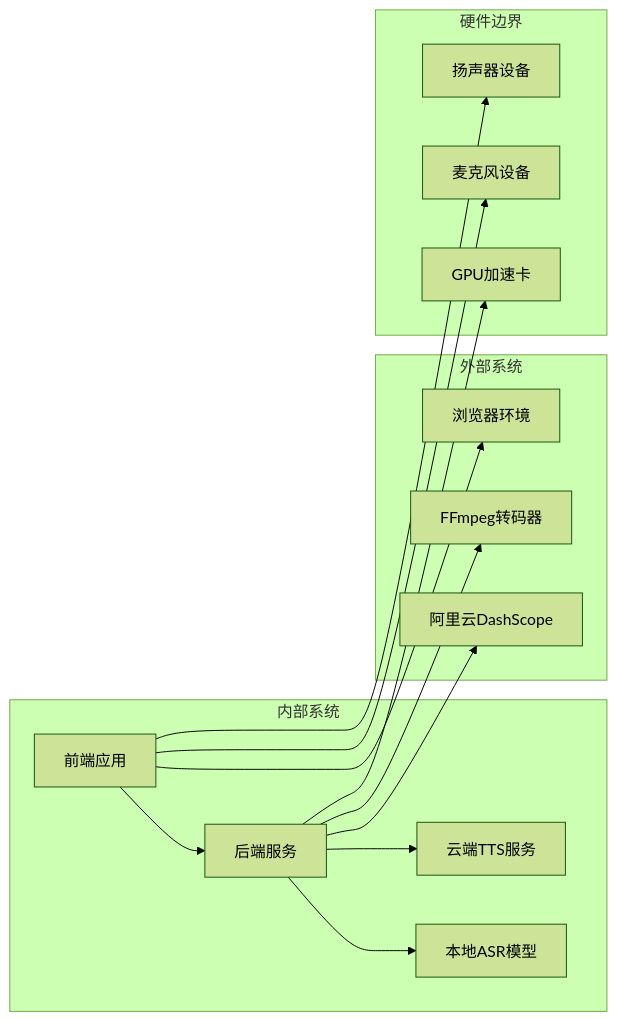
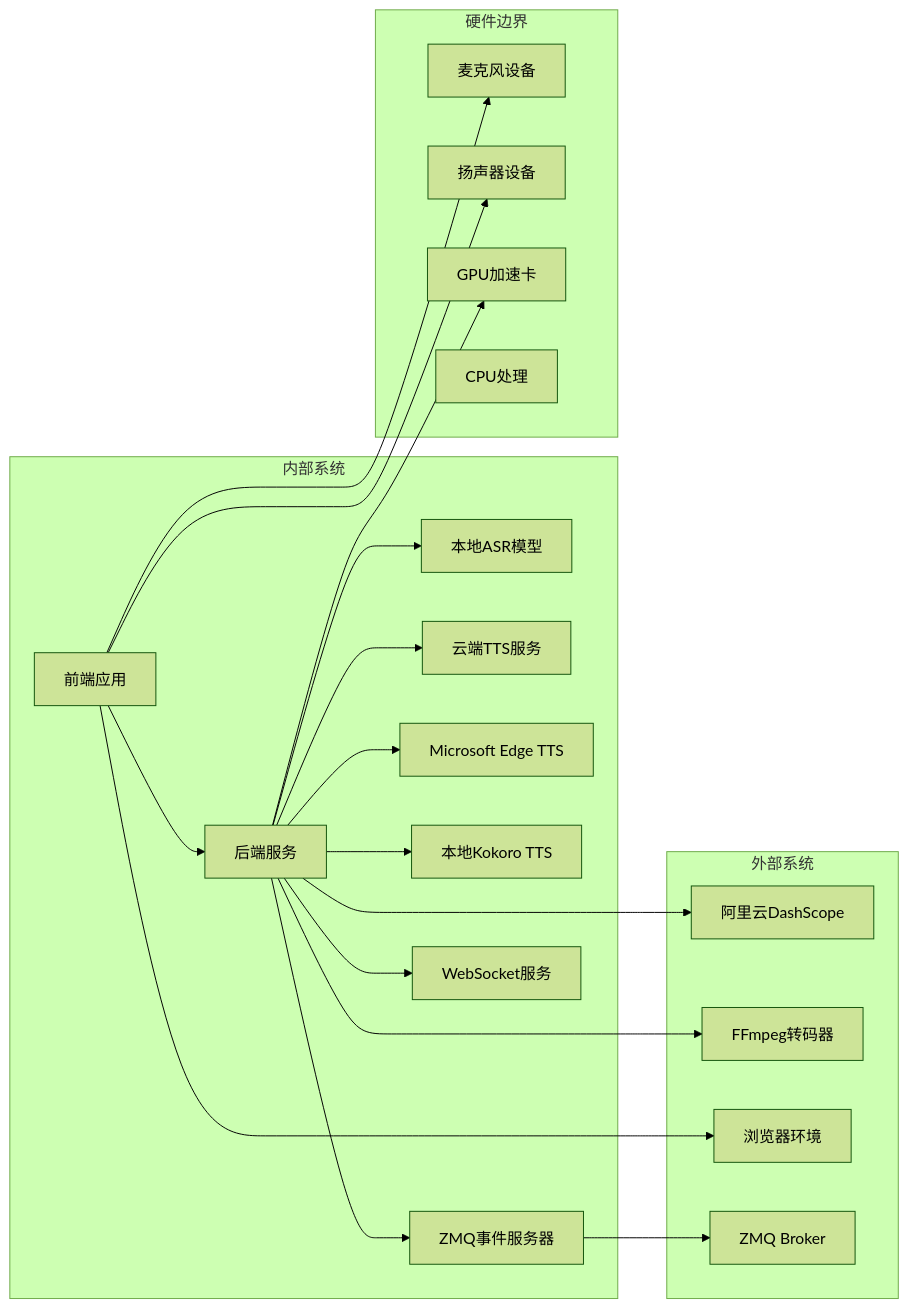
The fourth of 8 diagrams in .qoder/repowiki/zh/content/项目概述.md (1024dashen/Vue3Speech), drawn with Mermaid (forest theme) before and after one commit. The commit also changed other lines of this file and 6 other files, not shown here.

````diff
--- a/.qoder/repowiki/zh/content/项目概述.md
+++ b/.qoder/repowiki/zh/content/项目概述.md
@@ -258,28 +320,39 @@
 ```mermaid
 flowchart LR
 subgraph "内部系统"
 Frontend[前端应用]
 Backend[后端服务]
 ASR[本地ASR模型]
 TTS[云端TTS服务]
+EdgeTTS[Microsoft Edge TTS]
+KokoroTTS[本地Kokoro TTS]
+ZMQServer[ZMQ事件服务器]
+WebSocket[WebSocket服务]
 end
 subgraph "外部系统"
 DashScope[阿里云DashScope]
 FFmpeg[FFmpeg转码器]
 Browser[浏览器环境]
+ZMQBroker[ZMQ Broker]
 end
 subgraph "硬件边界"
 Microphone[麦克风设备]
 Speakers[扬声器设备]
 GPU[GPU加速卡]
+CPU[CPU处理]
 end
 Frontend --> Backend
 Backend --> ASR
 Backend --> TTS
+Backend --> EdgeTTS
+Backend --> KokoroTTS
+Backend --> ZMQServer
+Backend --> WebSocket
 Backend --> DashScope
 Backend --> FFmpeg
 Frontend --> Browser
 Backend --> GPU
 Frontend --> Microphone
 Frontend --> Speakers
+ZMQServer --> ZMQBroker
 ```
````
